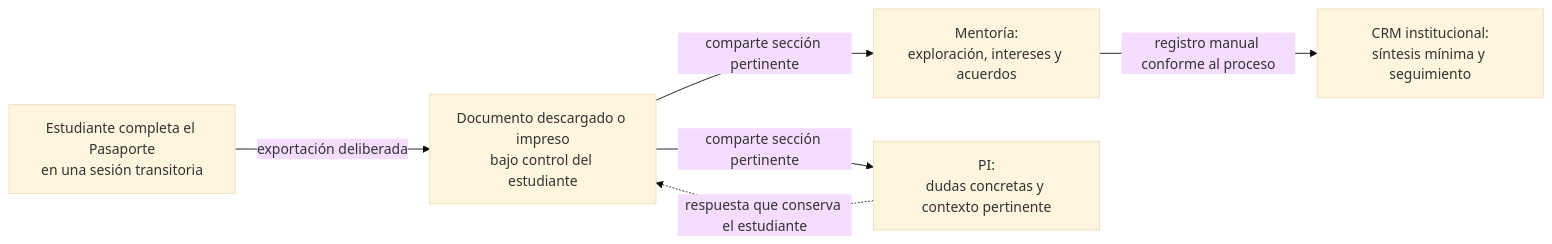
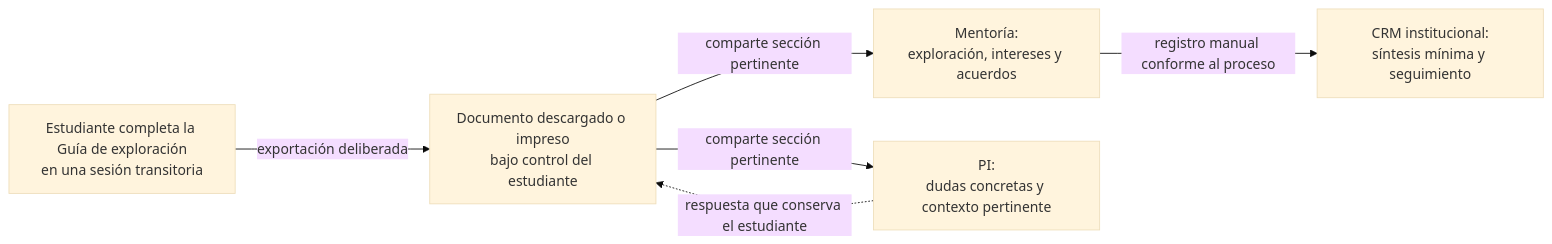
Before and after one commit to MentorIATec/pi_colab: the diagram in docs/variant-mentoria/SHARING_ARCHITECTURE.md, drawn with Mermaid (base theme). The commit also changed other lines of this file and 29 other files, not shown here.

````diff
--- a/docs/variant-mentoria/SHARING_ARCHITECTURE.md
+++ b/docs/variant-mentoria/SHARING_ARCHITECTURE.md
@@ -25,14 +25,14 @@
 ```mermaid
 flowchart LR
-    E["Estudiante completa el Pasaporte<br/>en una sesión transitoria"]
+    E["Estudiante completa la Guía de exploración<br/>en una sesión transitoria"]
     D["Documento descargado o impreso<br/>bajo control del estudiante"]
     M["Mentoría:<br/>exploración, intereses y acuerdos"]
     P["PI:<br/>dudas concretas y contexto pertinente"]
     C["CRM institucional:<br/>síntesis mínima y seguimiento"]
 
     E -->|"exportación deliberada"| D
     D -->|"comparte sección pertinente"| M
     D -->|"comparte sección pertinente"| P
     M -->|"registro manual conforme al proceso"| C
     P -.->|"respuesta que conserva el estudiante"| D
 ```
````
